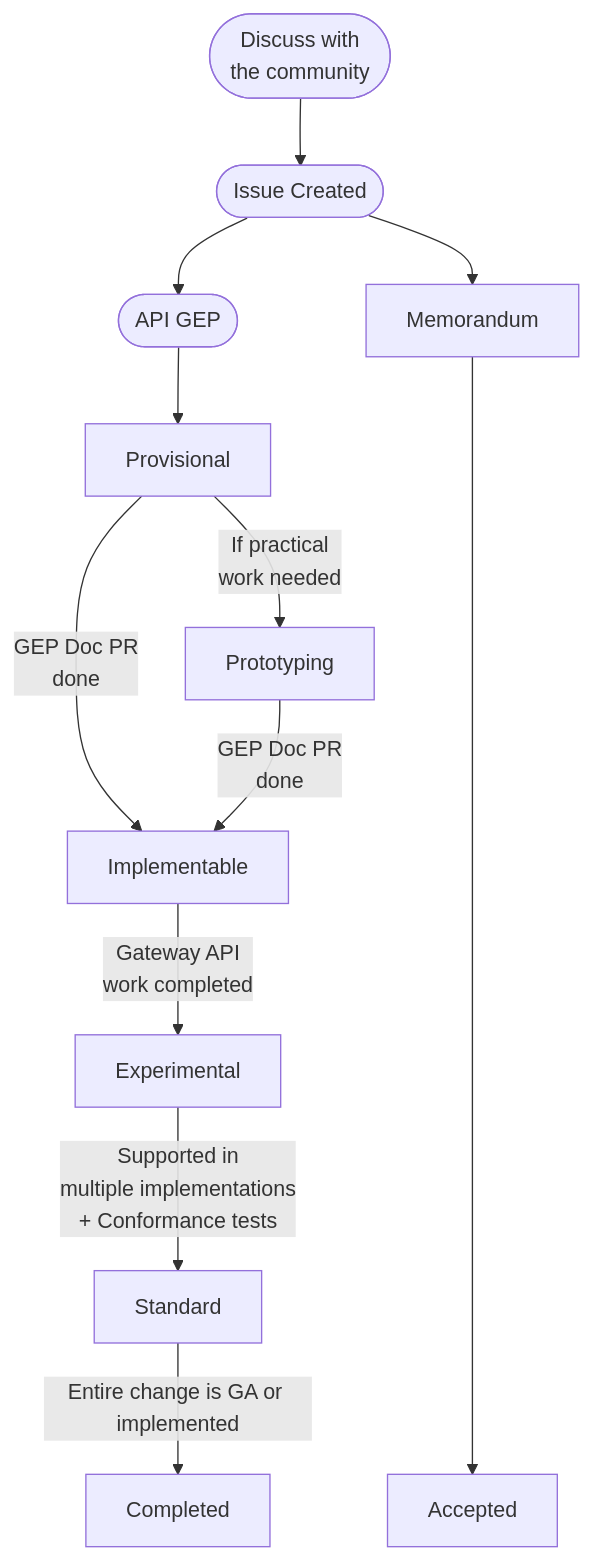
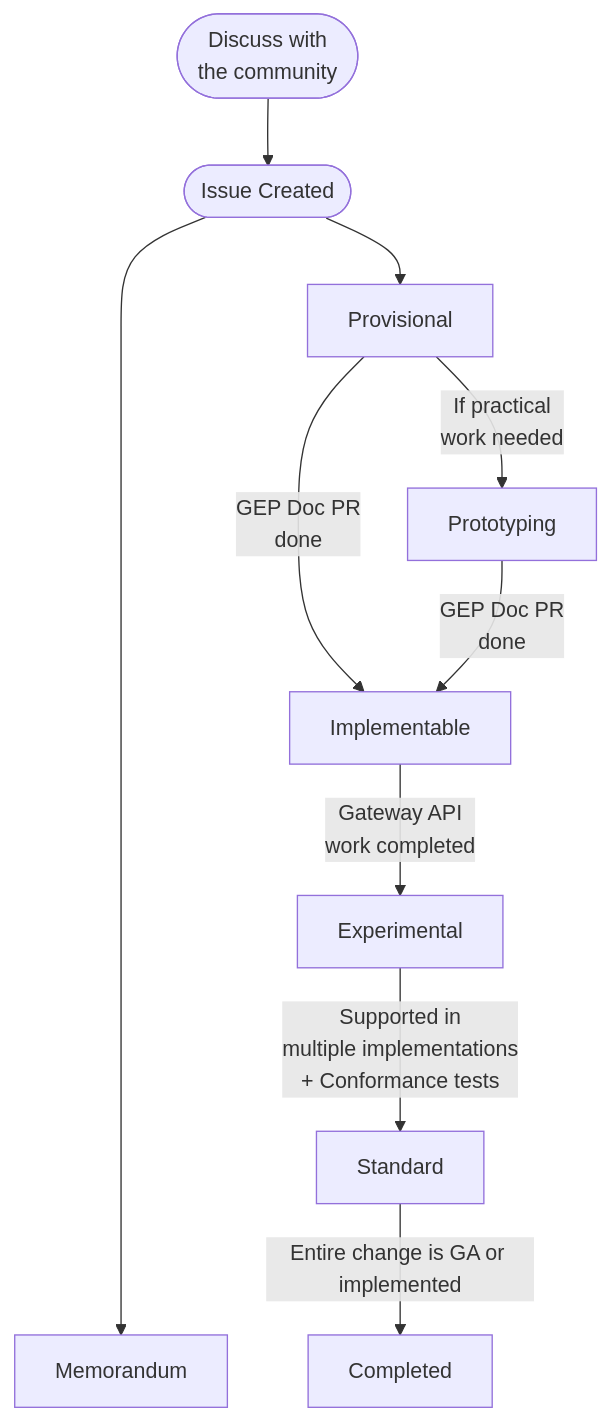
The diagram in geps/overview.md (kubernetes-sigs/gateway-api), drawn with Mermaid before and after one commit. The commit also changed other lines of this file and 40 other files, not shown here.

Commit message:
Change Memorandum to a status and remove GEP type

````diff
--- a/geps/overview.md
+++ b/geps/overview.md
@@ -20,15 +20,13 @@
 ```mermaid
 flowchart TD
     D([Discuss with<br />the community]) --> C
-    C([Issue Created]) --> E([API GEP])
-    C([Issue Created]) --> Memorandum
-    E([API GEP]) --> Provisional
-    Memorandum -------> Accepted
+    C([Issue Created]) -------> Memorandum
+    C([Issue Created]) --> Provisional
     Provisional -->|If practical <br /> work needed| Prototyping
     Provisional -->|GEP Doc PR<br />done| Implementable
     Prototyping -->|GEP Doc PR<br />done| Implementable
     Implementable -->|Gateway API<br />work completed| Experimental
     Experimental -->|Supported in<br />multiple implementations<br />+ Conformance tests| Standard
     Standard -->|Entire change is GA or implemented| Completed
 
 ```
````
